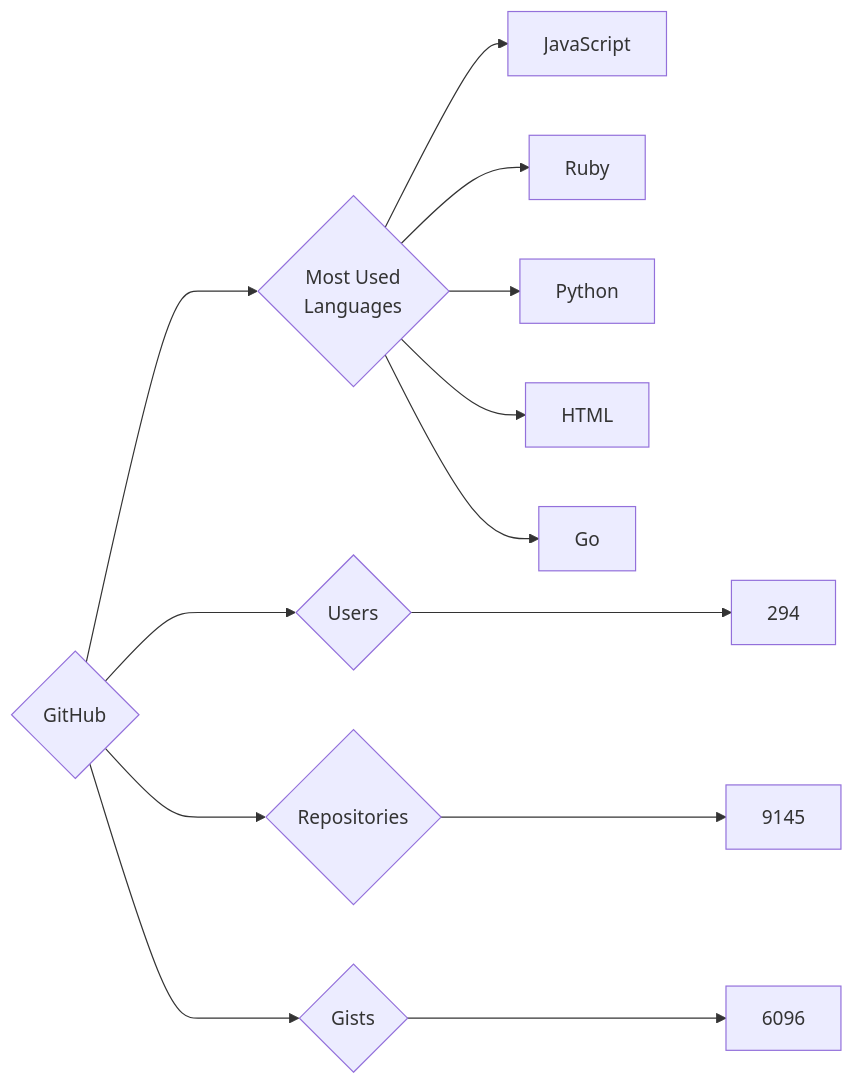
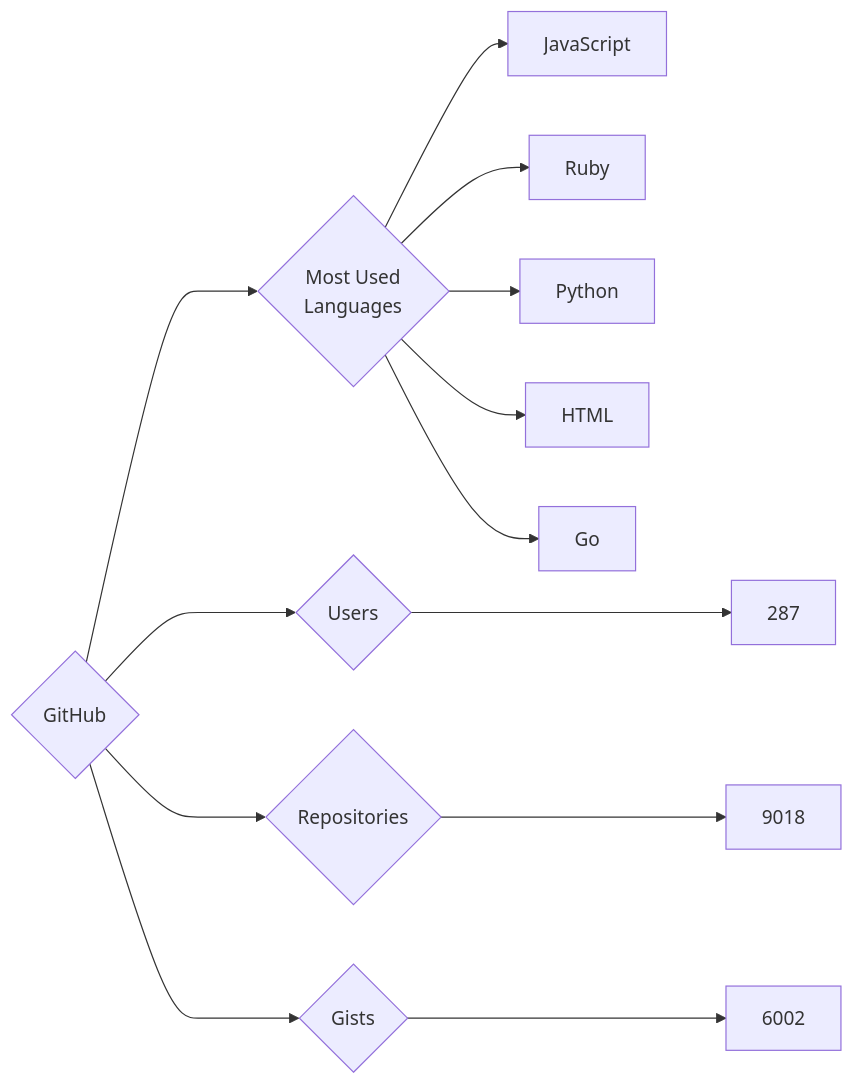
Before and after one commit to trickest/insiders: the diagram in targets/GitHub/README.md, drawn with Mermaid. The commit also changed 639 other files, not shown here.

````diff
--- a/targets/GitHub/README.md
+++ b/targets/GitHub/README.md
@@ -3,13 +3,13 @@
 ```mermaid
 graph LR
 COMPANY_NAME{GitHub}
-COMPANY_NAME ---> U{Users} ---> UN[294]
-COMPANY_NAME ---> R{Repositories} ---> RN[9145]
-COMPANY_NAME ---> G{Gists} ---> GN[6096]
+COMPANY_NAME ---> U{Users} ---> UN[287]
+COMPANY_NAME ---> R{Repositories} ---> RN[9018]
+COMPANY_NAME ---> G{Gists} ---> GN[6002]
 COMPANY_NAME ---> ML{Most Used<br>Languages}
 ML --> JavaScript[JavaScript]
 ML --> Ruby[Ruby]
 ML --> Python[Python]
 ML --> HTML[HTML]
 ML --> Go[Go]
 ```
````
